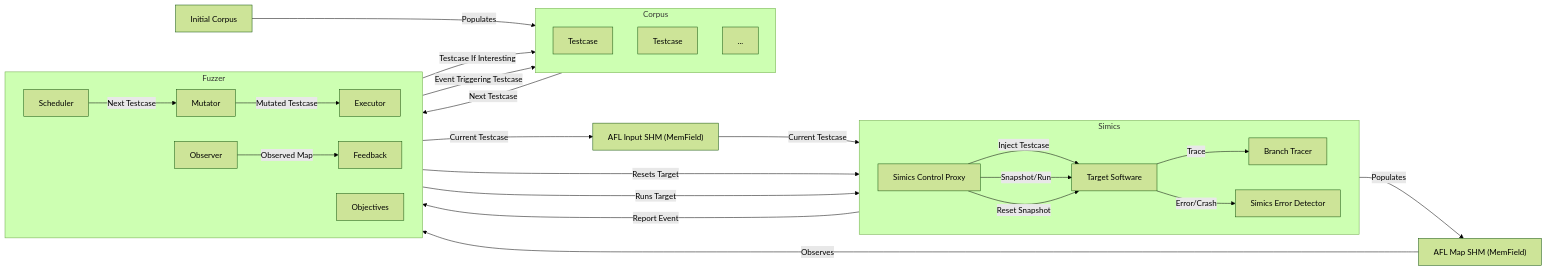
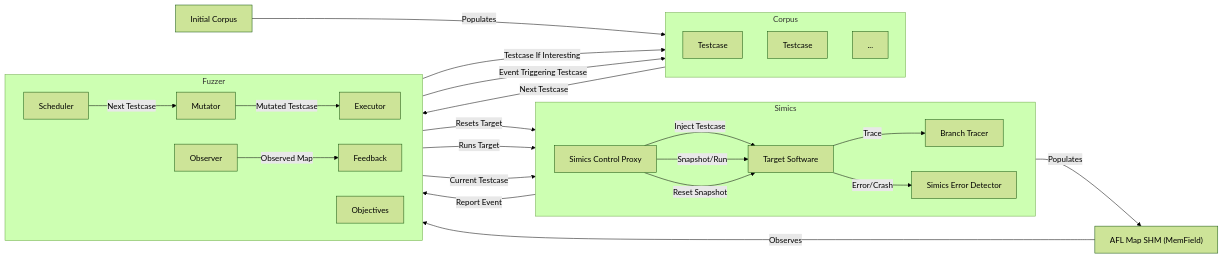
One commit to intel/tsffs changed the first of 2 diagrams in docs/LAYOUT.md. Above: the diagram before and after it, drawn with Mermaid (forest theme). The commit also changed 2 other files, not shown here.

Commit message:
Update readme and setup with internal setup instructions

````diff
--- a/docs/LAYOUT.md
+++ b/docs/LAYOUT.md
@@ -1,58 +1,56 @@
 ```mermaid
 flowchart LR
     MAP_SHM["AFL Map SHM (MemField)"]
-    INP_SHM["AFL Input SHM (MemField)"]
     INIT_CORP["Initial Corpus"]
 
     subgraph Simics
     direction LR
     %% Entries
     BTRACE[Branch Tracer]
     TARG[Target Software]
     IFACE[Simics Control Proxy]
     DETECT[Simics Error Detector]
     %% Links
     TARG-->|Trace|BTRACE
     IFACE-->|Inject Testcase|TARG
     IFACE-->|Snapshot/Run|TARG
     IFACE-->|Reset Snapshot|TARG
     TARG-->|Error/Crash|DETECT
     end
 
 
     subgraph Corpus
     direction TB
     %% Entries
     T1[Testcase]
     T2[Testcase]
     T3[...]
     end
 
     subgraph Fuzzer
     %% Entries
     direction LR
     SCHED[Scheduler]
     EXEC[Executor]
     MUT[Mutator]
     OBS[Observer]
     FEED[Feedback]
     OBJ[Objectives]
     %% Links
     SCHED-->|Next Testcase|MUT
     MUT-->|Mutated Testcase|EXEC
     OBS-->|Observed Map|FEED
     end
 
     FEED-->|Testcase If Interesting|Corpus
 
     EXEC-->|Resets Target|IFACE
     EXEC-->|Runs Target|IFACE
-    EXEC-->|Current Testcase|INP_SHM
-    INP_SHM-->|Current Testcase|IFACE
+    EXEC-->|Current Testcase|IFACE
     BTRACE-->|Populates|MAP_SHM
     MAP_SHM-->|Observes|OBS
     Corpus-->|Next Testcase|SCHED
     INIT_CORP-->|Populates|Corpus
     DETECT-->|Report Event|OBJ
     OBJ-->|Event Triggering Testcase|Corpus
 ```
````
